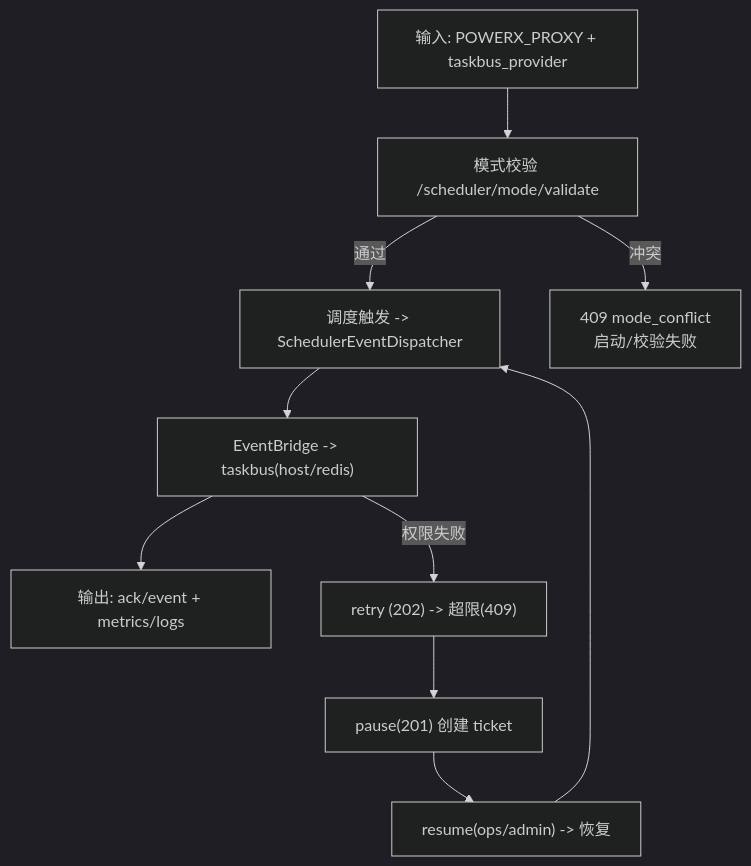
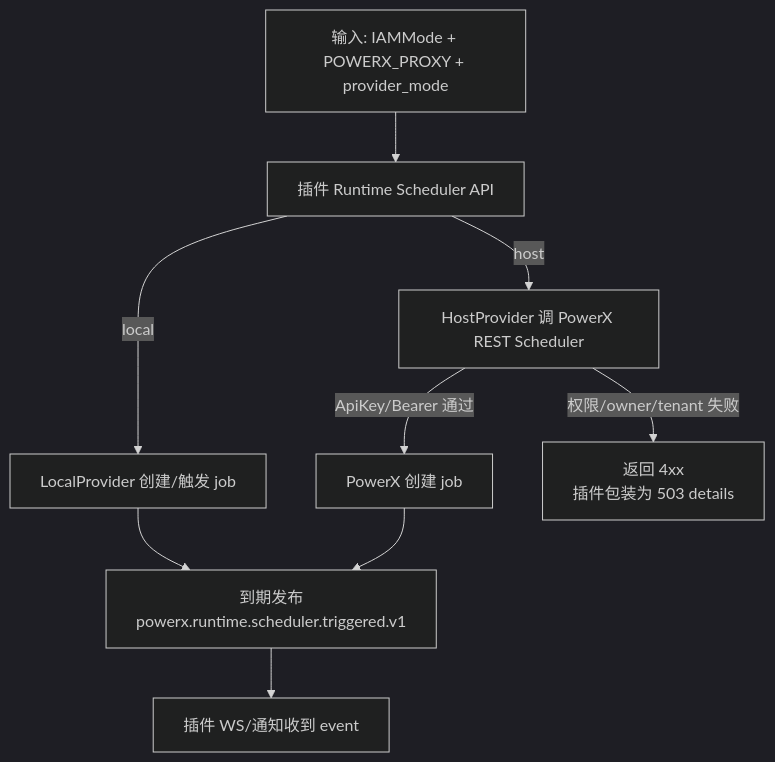
The second of 3 diagrams in docs/guides/features/017-async-runtime-scheduler-switch/guide.md (ArtisanCloud/PowerXPlugin), drawn with Mermaid (dark theme) before and after one commit. The commit also changed other lines of this file and 81 other files, not shown here.

````diff
--- a/docs/guides/features/017-async-runtime-scheduler-switch/guide.md
+++ b/docs/guides/features/017-async-runtime-scheduler-switch/guide.md
@@ -45,12 +44,11 @@
 ```mermaid
 flowchart TD
-  A["输入: POWERX_PROXY + taskbus_provider"] --> B["模式校验 /scheduler/mode/validate"]
-  B -->|通过| C["调度触发 -> SchedulerEventDispatcher"]
-  B -->|冲突| E["409 mode_conflict\n启动/校验失败"]
-  C --> D["EventBridge -> taskbus(host/redis)"]
-  D --> F["输出: ack/event + metrics/logs"]
-  D -->|权限失败| G["retry (202) -> 超限(409)"]
-  G --> H["pause(201) 创建 ticket"]
-  H --> I["resume(ops/admin) -> 恢复"]
-  I --> C
+  A["输入: IAMMode + POWERX_PROXY + provider_mode"] --> B["插件 Runtime Scheduler API"]
+  B -->|local| C["LocalProvider 创建/触发 job"]
+  B -->|host| D["HostProvider 调 PowerX REST Scheduler"]
+  D -->|ApiKey/Bearer 通过| E["PowerX 创建 job"]
+  D -->|权限/owner/tenant 失败| X["返回 4xx\n插件包装为 503 details"]
+  E --> F["到期发布\npowerx.runtime.scheduler.triggered.v1"]
+  C --> F
+  F --> G["插件 WS/通知收到 event"]
 ```
````
